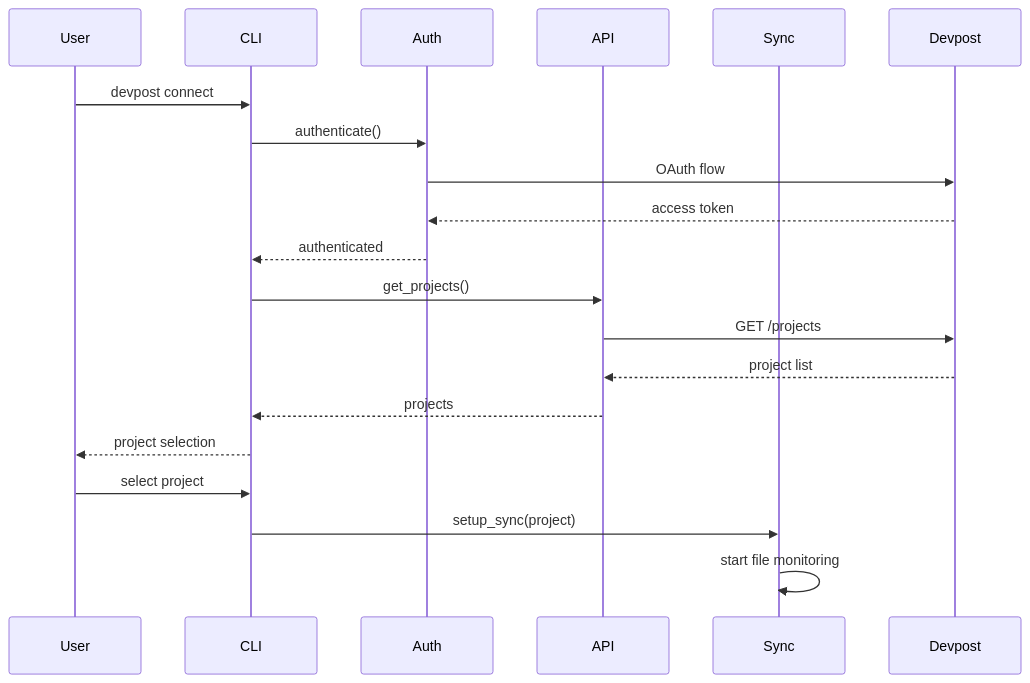
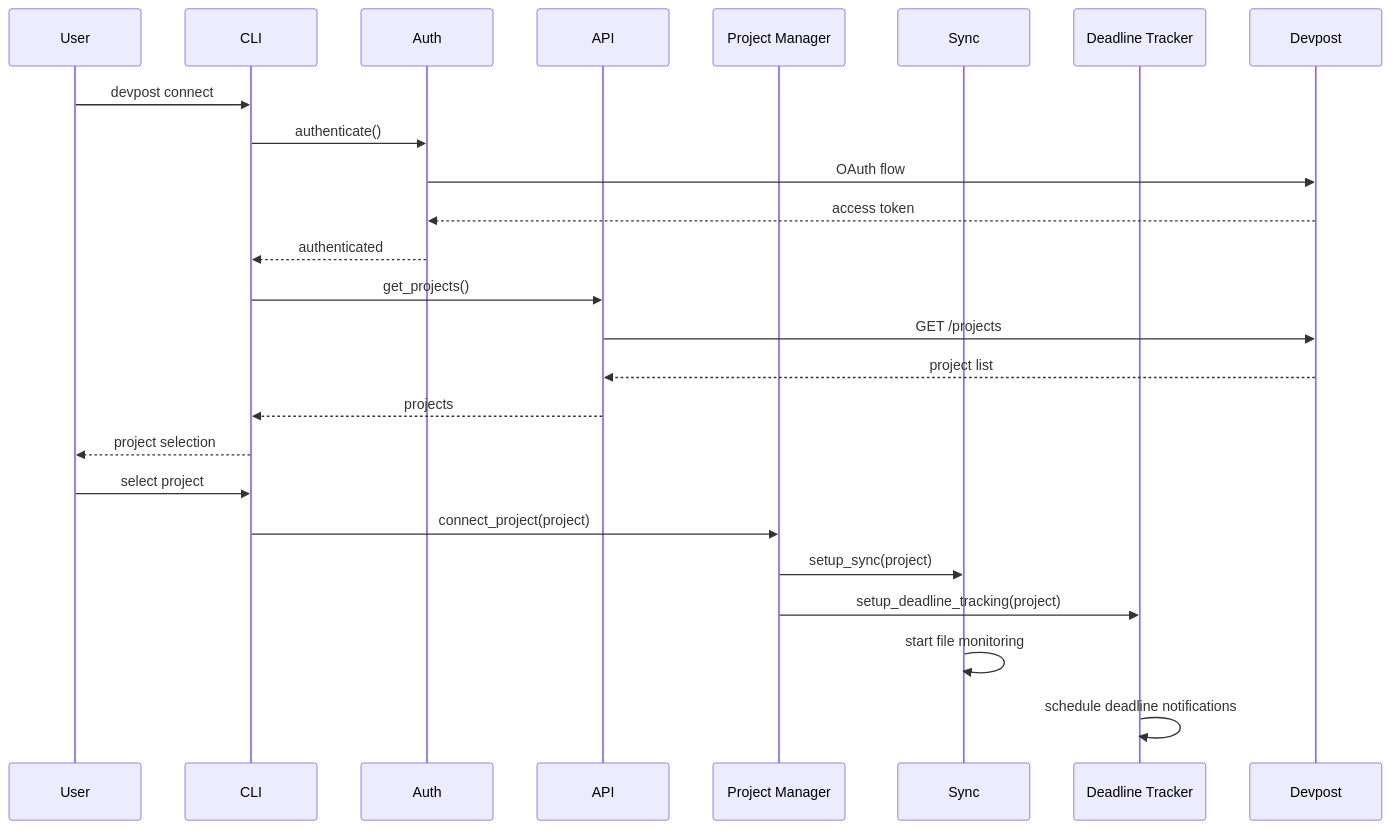
Before and after one commit to nkllon/kiro-ai-development-hackathon: the second of 2 diagrams in .kiro/specs/devpost-hackathon-integration/design.md, drawn with Mermaid. The commit also changed other lines of this file and 2 other files, not shown here.

````diff
--- a/.kiro/specs/devpost-hackathon-integration/design.md
+++ b/.kiro/specs/devpost-hackathon-integration/design.md
@@ -52,23 +66,28 @@
 ```mermaid
 sequenceDiagram
     participant User
     participant CLI
     participant Auth
     participant API
+    participant PM as Project Manager
     participant Sync
+    participant DT as Deadline Tracker
     participant Devpost
     
     User->>CLI: devpost connect
     CLI->>Auth: authenticate()
     Auth->>Devpost: OAuth flow
     Devpost-->>Auth: access token
     Auth-->>CLI: authenticated
     CLI->>API: get_projects()
     API->>Devpost: GET /projects
     Devpost-->>API: project list
     API-->>CLI: projects
     CLI-->>User: project selection
     User->>CLI: select project
-    CLI->>Sync: setup_sync(project)
+    CLI->>PM: connect_project(project)
+    PM->>Sync: setup_sync(project)
+    PM->>DT: setup_deadline_tracking(project)
     Sync->>Sync: start file monitoring
+    DT->>DT: schedule deadline notifications
 ```
````
